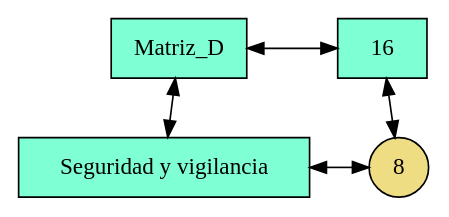
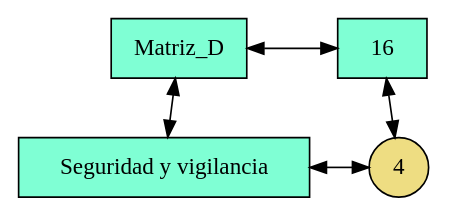
Before and after one commit to William58-0/201909103_ProyectoEDD: the diagram in frontend/src/assets/img/2019-10.dot, drawn with Graphviz. The commit also changed 44 other files, not shown here.

```diff
--- a/frontend/src/assets/img/2019-10.dot
+++ b/frontend/src/assets/img/2019-10.dot
@@ -1,16 +1,16 @@
 digraph {
 rankdir = BT;
 node [shape=rectangle style=filled];
 graph[ nodesep = 0.5];
 { rank=same; nodoMatriz_D; nodo16;}
  { rank=same; nodoSeguridad_y_vigilancia; nodo16Seguridad_y_vigilancia;}
  nodoMatriz_D [label="Matriz_D" fillcolor=aquamarine]
 nodo16 [label="16" fillcolor=aquamarine]
 nodoMatriz_D->nodo16 [dir=both]
 nodoSeguridad_y_vigilancia [label="Seguridad y vigilancia" fillcolor=aquamarine]
 nodoSeguridad_y_vigilancia->nodoMatriz_D [dir=both]
-nodo16Seguridad_y_vigilancia [label="8" shape=circle fillcolor=lightgoldenrod]
+nodo16Seguridad_y_vigilancia [label="4" shape=circle fillcolor=lightgoldenrod]
 nodo16Seguridad_y_vigilancia->nodo16 [dir=both]
 nodoSeguridad_y_vigilancia->nodo16Seguridad_y_vigilancia [constraint=false; dir=both]
 { rank=same; nodoMatriz_D; nodo16; }
  }
```
